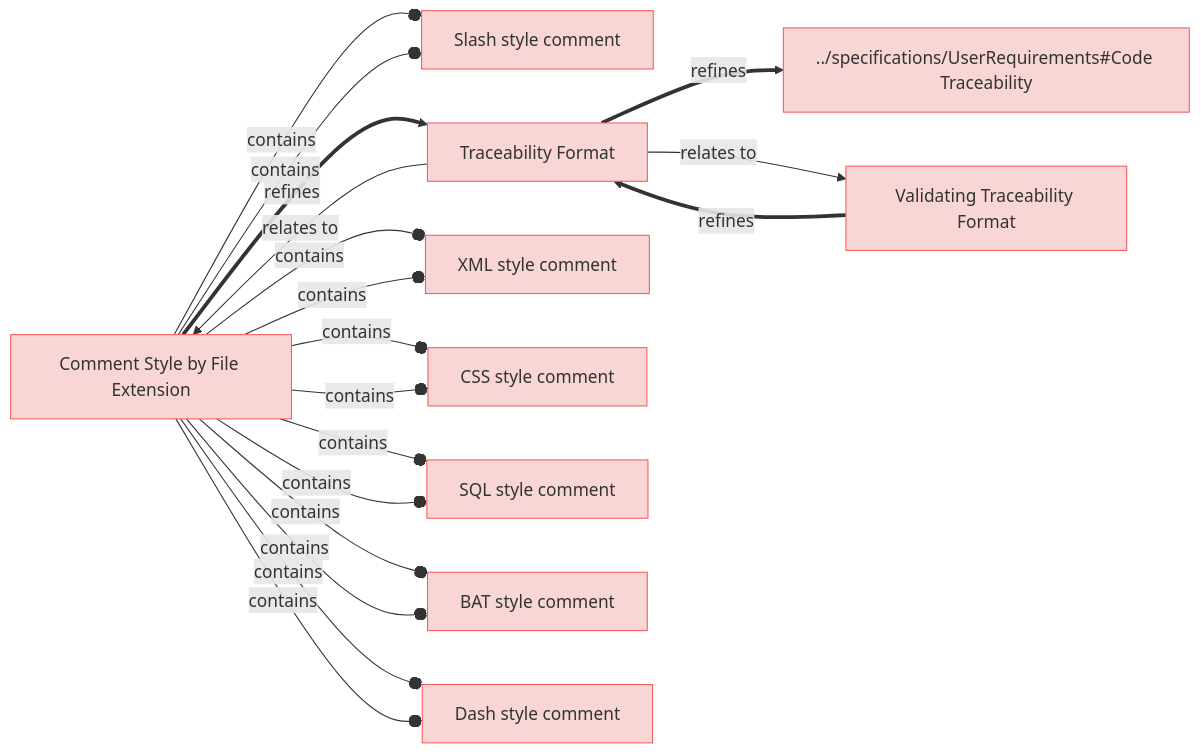
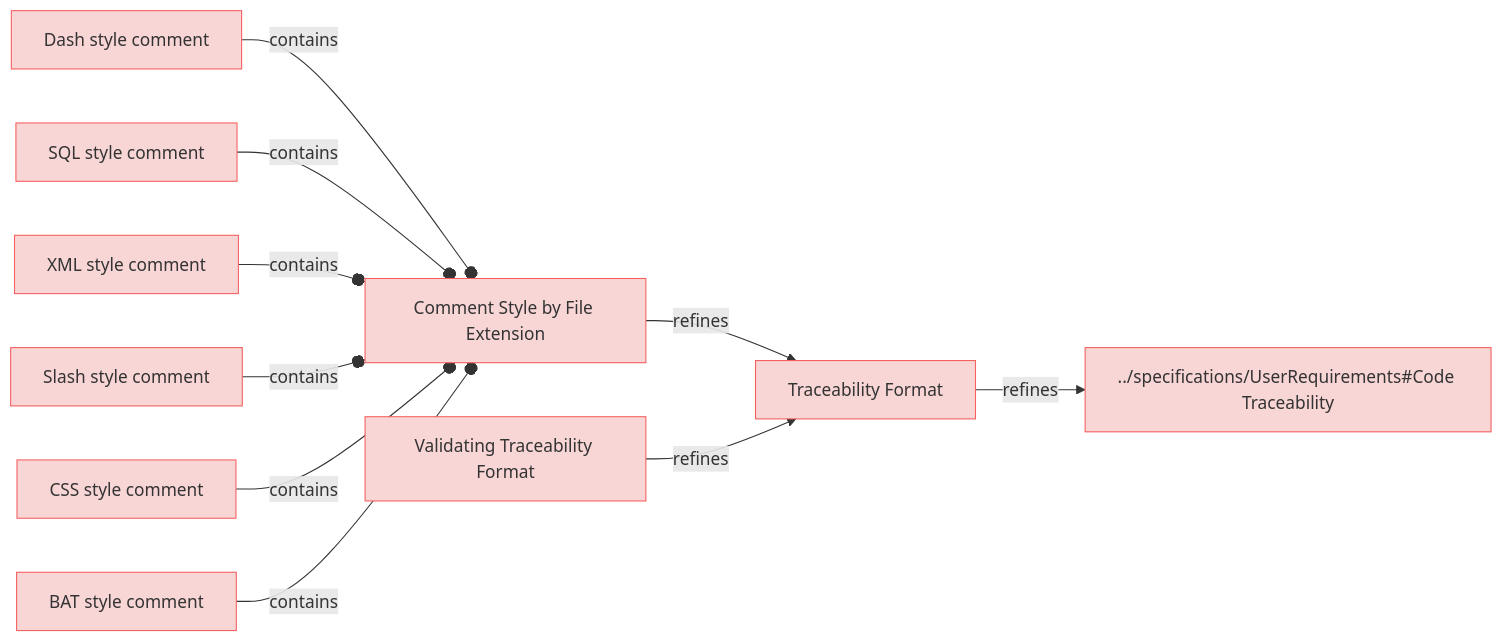
One commit to reqvire-org/reqvire changed the diagram in specifications/CodeTraecabilityRequirements.md. Above: the diagram before and after it, drawn with Mermaid. The commit also changed 65 other files, not shown here.

Commit message:
Diagram generation bug fix: there were opposite relations included.

````diff
--- a/specifications/CodeTraecabilityRequirements.md
+++ b/specifications/CodeTraecabilityRequirements.md
@@ -4,56 +4,48 @@
 ```mermaid
 graph LR;
   %% Graph styling
   classDef requirement fill:#f9d6d6,stroke:#f55f5f,stroke-width:1px;
   classDef verification fill:#d6f9d6,stroke:#5fd75f,stroke-width:1px;
   classDef externalLink fill:#d0e0ff,stroke:#3080ff,stroke-width:1px;
   classDef default fill:#f5f5f5,stroke:#333333,stroke-width:1px;
 
-  642b1b8120["Slash style comment"];
-  click 642b1b8120 "CodeTraecabilityRequirements.md#slash-style-comment";
-  class 642b1b8120 requirement;
-  441d1cdce0["Comment Style by File Extension"];
-  class 441d1cdce0 requirement;
-  click 441d1cdce0 "CodeTraecabilityRequirements.md#comment-style-by-file-extension";
-  441d1cdce0 --o|contains| 642b1b8120;
-  7b316e0013["Traceability Format"];
-  class 7b316e0013 requirement;
-  click 7b316e0013 "CodeTraecabilityRequirements.md#traceability-format";
-  441d1cdce0 ==>|refines| 7b316e0013;
-  441d1cdce0 --o|contains| 642b1b8120;
-  d443939ad4["XML style comment"];
-  class d443939ad4 requirement;
-  click d443939ad4 "CodeTraecabilityRequirements.md#xml-style-comment";
-  441d1cdce0 --o|contains| d443939ad4;
-  65c6dfea7d["CSS style comment"];
-  class 65c6dfea7d requirement;
-  click 65c6dfea7d "CodeTraecabilityRequirements.md#css-style-comment";
-  441d1cdce0 --o|contains| 65c6dfea7d;
-  f8509ca65c["SQL style comment"];
-  class f8509ca65c requirement;
-  click f8509ca65c "CodeTraecabilityRequirements.md#sql-style-comment";
-  441d1cdce0 --o|contains| f8509ca65c;
-  79d357d6f0["BAT style comment"];
-  class 79d357d6f0 requirement;
-  click 79d357d6f0 "CodeTraecabilityRequirements.md#bat-style-comment";
-  441d1cdce0 --o|contains| 79d357d6f0;
-  594ced3b45["Dash style comment"];
-  class 594ced3b45 requirement;
-  click 594ced3b45 "CodeTraecabilityRequirements.md#dash-style-comment";
-  441d1cdce0 --o|contains| 594ced3b45;
-  388e93e521["Validating Traceability Format"];
-  click 388e93e521 "CodeTraecabilityRequirements.md#validating-traceability-format";
-  class 388e93e521 requirement;
-  388e93e521 ==>|refines| 7b316e0013;
-  441d1cdce0 --o|contains| d443939ad4;
-  441d1cdce0 --o|contains| 65c6dfea7d;
-  1fc4e44d5f["../specifications/UserRequirements#Code Traceability"];
-  class 1fc4e44d5f requirement;
-  click 1fc4e44d5f "UserRequirements.md#code-traceability";
-  7b316e0013 ==>|refines| 1fc4e44d5f;
-  7b316e0013 -->|relates to| 441d1cdce0;
-  7b316e0013 -->|relates to| 388e93e521;
-  441d1cdce0 --o|contains| f8509ca65c;
-  441d1cdce0 --o|contains| 79d357d6f0;
-  441d1cdce0 --o|contains| 594ced3b45;
+  594ced3b454de491["Dash style comment"];
+  click 594ced3b454de491 "CodeTraecabilityRequirements.md#dash-style-comment";
+  class 594ced3b454de491 requirement;
+  441d1cdce06ad3a2["Comment Style by File Extension"];
+  class 441d1cdce06ad3a2 requirement;
+  click 441d1cdce06ad3a2 "CodeTraecabilityRequirements.md#comment-style-by-file-extension";
+  594ced3b454de491 --o|contains| 441d1cdce06ad3a2;
+  7b316e0013b74149["Traceability Format"];
+  click 7b316e0013b74149 "CodeTraecabilityRequirements.md#traceability-format";
+  class 7b316e0013b74149 requirement;
+  1fc4e44d5fd988a6["../specifications/UserRequirements#Code Traceability"];
+  class 1fc4e44d5fd988a6 requirement;
+  click 1fc4e44d5fd988a6 "UserRequirements.md#code-traceability";
+  7b316e0013b74149 -->|refines| 1fc4e44d5fd988a6;
+  f8509ca65ccd9ff8["SQL style comment"];
+  click f8509ca65ccd9ff8 "CodeTraecabilityRequirements.md#sql-style-comment";
+  class f8509ca65ccd9ff8 requirement;
+  f8509ca65ccd9ff8 --o|contains| 441d1cdce06ad3a2;
+  d443939ad4f72d1a["XML style comment"];
+  click d443939ad4f72d1a "CodeTraecabilityRequirements.md#xml-style-comment";
+  class d443939ad4f72d1a requirement;
+  d443939ad4f72d1a --o|contains| 441d1cdce06ad3a2;
+  441d1cdce06ad3a2 -->|refines| 7b316e0013b74149;
+  642b1b8120da29c6["Slash style comment"];
+  click 642b1b8120da29c6 "CodeTraecabilityRequirements.md#slash-style-comment";
+  class 642b1b8120da29c6 requirement;
+  642b1b8120da29c6 --o|contains| 441d1cdce06ad3a2;
+  388e93e521a38370["Validating Traceability Format"];
+  click 388e93e521a38370 "CodeTraecabilityRequirements.md#validating-traceability-format";
+  class 388e93e521a38370 requirement;
+  388e93e521a38370 -->|refines| 7b316e0013b74149;
+  65c6dfea7db1c92f["CSS style comment"];
+  click 65c6dfea7db1c92f "CodeTraecabilityRequirements.md#css-style-comment";
+  class 65c6dfea7db1c92f requirement;
+  65c6dfea7db1c92f --o|contains| 441d1cdce06ad3a2;
+  79d357d6f00a0427["BAT style comment"];
+  click 79d357d6f00a0427 "CodeTraecabilityRequirements.md#bat-style-comment";
+  class 79d357d6f00a0427 requirement;
+  79d357d6f00a0427 --o|contains| 441d1cdce06ad3a2;
 ```
````
